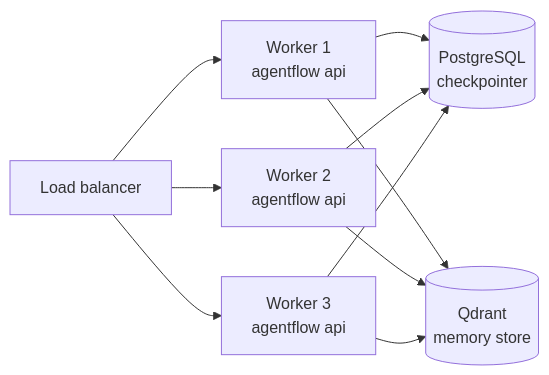
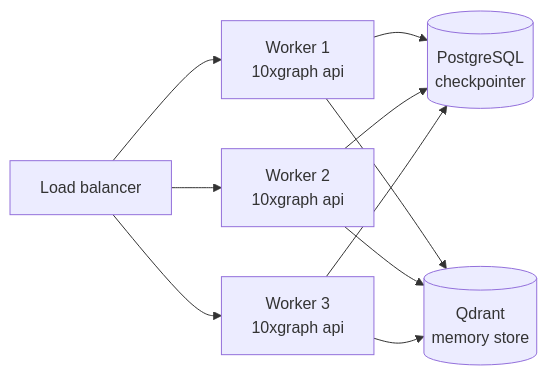
Before and after one commit to 10xHub/agentflow-docs: the second of 2 diagrams in src/content/docs/concepts/production-runtime.md, drawn with Mermaid. The commit also changed other lines of this file and 248 other files, not shown here.

````diff
--- a/src/content/docs/concepts/production-runtime.md
+++ b/src/content/docs/concepts/production-runtime.md
@@ -54,8 +84,8 @@
 ```mermaid
 flowchart LR
-  LB[Load balancer] --> W1[Worker 1\nagentflow api]
-  LB --> W2[Worker 2\nagentflow api]
-  LB --> W3[Worker 3\nagentflow api]
+  LB[Load balancer] --> W1[Worker 1\n10xgraph api]
+  LB --> W2[Worker 2\n10xgraph api]
+  LB --> W3[Worker 3\n10xgraph api]
   W1 & W2 & W3 --> PG[(PostgreSQL\ncheckpointer)]
   W1 & W2 & W3 --> Qdrant[(Qdrant\nmemory store)]
 ```
````
